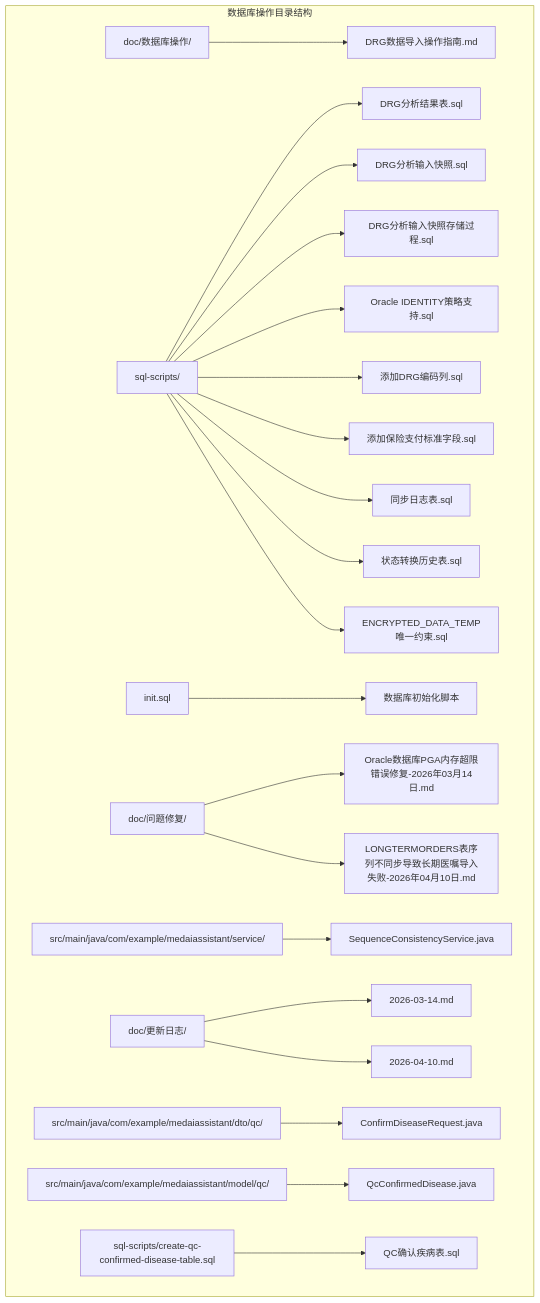
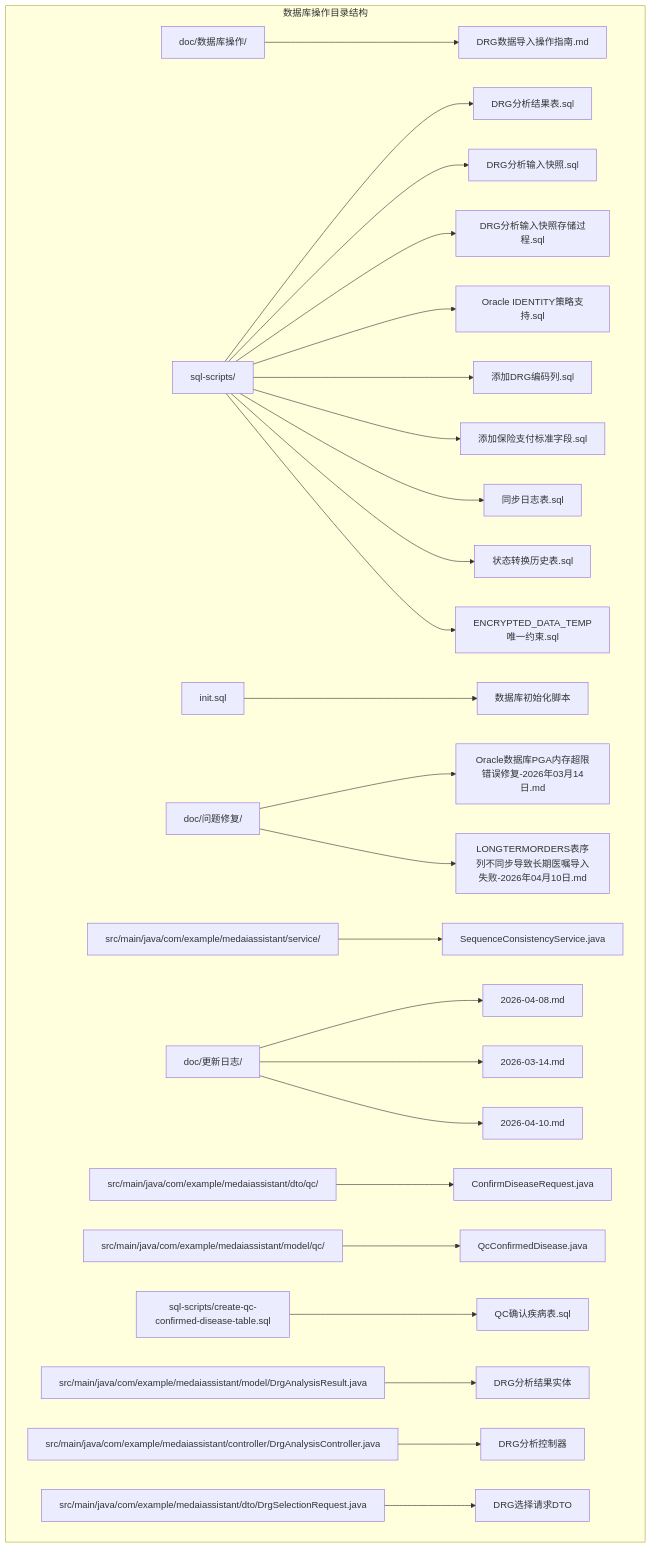
The first of 25 diagrams in .qoder/repowiki/zh/content/Database Operations/Database Operations.md (liuzh2008/med_ai_assistant_workspace), drawn with Mermaid before and after one commit. The commit also changed other lines of this file and 6 other files, not shown here.

````diff
--- a/.qoder/repowiki/zh/content/Database Operations/Database Operations.md
+++ b/.qoder/repowiki/zh/content/Database Operations/Database Operations.md
@@ -55,24 +62,28 @@
 ```mermaid
 graph TB
 subgraph "数据库操作目录结构"
 A[doc/数据库操作/] --> A1[DRG数据导入操作指南.md]
 B[sql-scripts/] --> B1[DRG分析结果表.sql]
 B --> B2[DRG分析输入快照.sql]
 B --> B3[DRG分析输入快照存储过程.sql]
 B --> B4[Oracle IDENTITY策略支持.sql]
 B --> B5[添加DRG编码列.sql]
 B --> B6[添加保险支付标准字段.sql]
 B --> B7[同步日志表.sql]
 B --> B8[状态转换历史表.sql]
 B --> B9[ENCRYPTED_DATA_TEMP唯一约束.sql]
 C[init.sql] --> C1[数据库初始化脚本]
 D[doc/问题修复/] --> D1[Oracle数据库PGA内存超限错误修复-2026年03月14日.md]
 D --> D2[LONGTERMORDERS表序列不同步导致长期医嘱导入失败-2026年04月10日.md]
 E[src/main/java/com/example/medaiassistant/service/] --> E1[SequenceConsistencyService.java]
-F[doc/更新日志/] --> F1[2026-03-14.md]
-F --> F2[2026-04-10.md]
+F[doc/更新日志/] --> F1[2026-04-08.md]
+F --> F2[2026-03-14.md]
+F --> F3[2026-04-10.md]
 G[src/main/java/com/example/medaiassistant/dto/qc/] --> G1[ConfirmDiseaseRequest.java]
 H[src/main/java/com/example/medaiassistant/model/qc/] --> H1[QcConfirmedDisease.java]
 I[sql-scripts/create-qc-confirmed-disease-table.sql] --> I1[QC确认疾病表.sql]
+J[src/main/java/com/example/medaiassistant/model/DrgAnalysisResult.java] --> J1[DRG分析结果实体]
+K[src/main/java/com/example/medaiassistant/controller/DrgAnalysisController.java] --> K1[DRG分析控制器]
+L[src/main/java/com/example/medaiassistant/dto/DrgSelectionRequest.java] --> L1[DRG选择请求DTO]
 end
 ```
````
